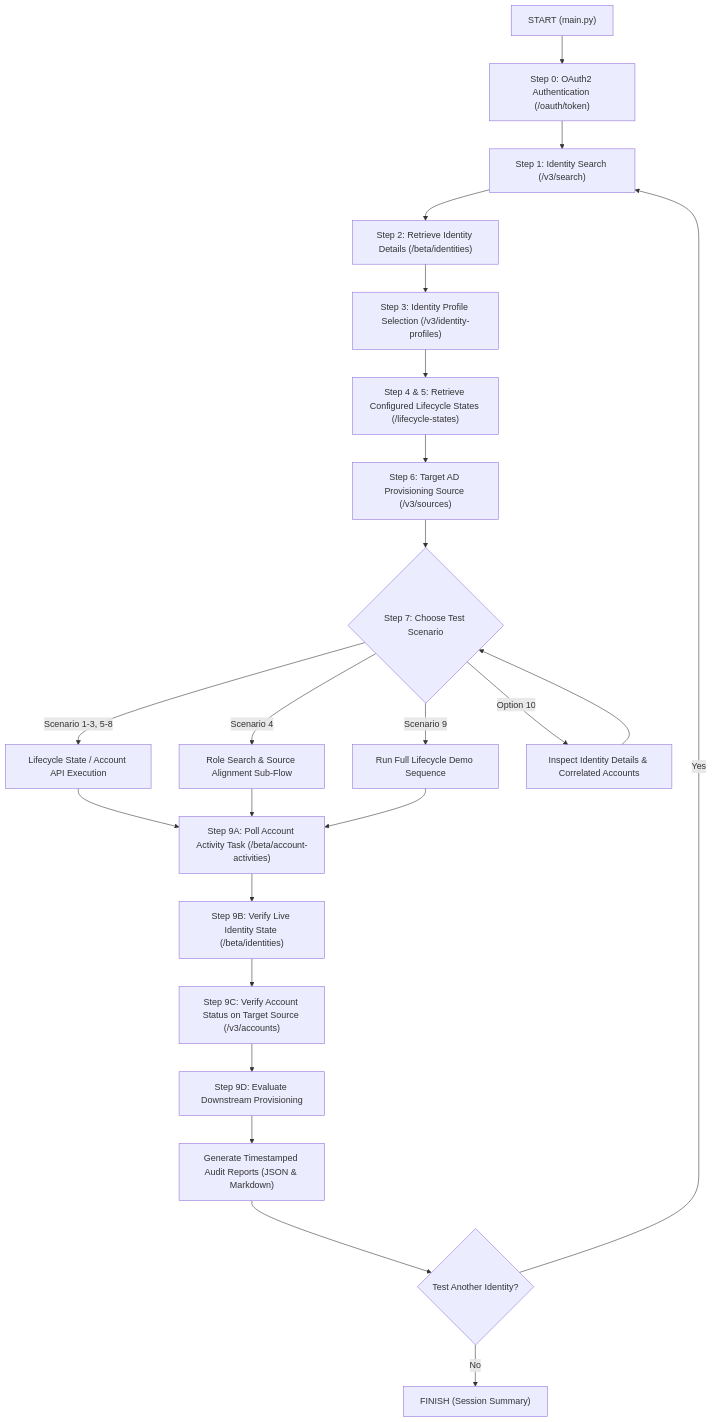
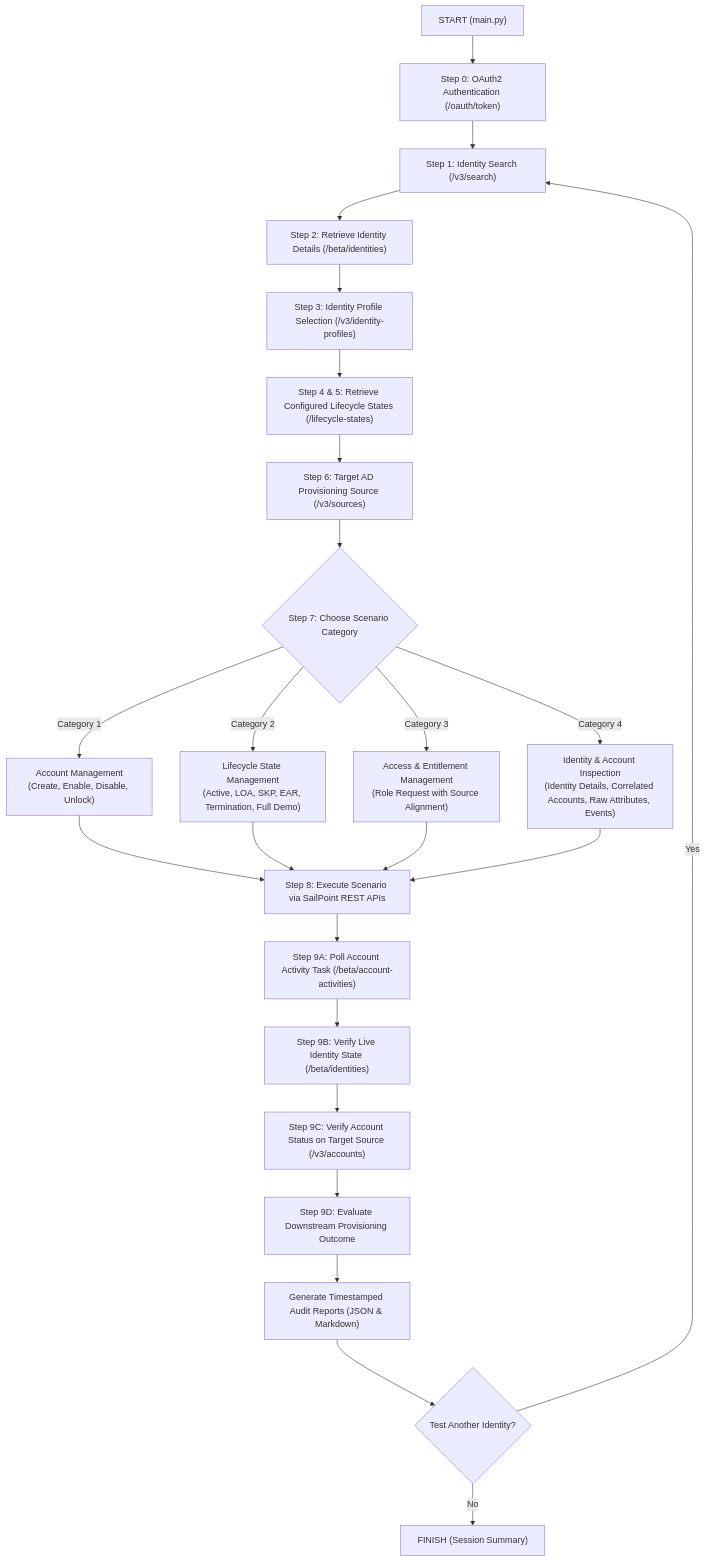
Before and after one commit to SohomeKIKI/SAILPOINT-ISC-AD-PROVISIONING-TEST: the diagram in docs/WORKFLOW.md, drawn with Mermaid. The commit also changed other lines of this file and 29 other files, not shown here.

Commit message:
feat: implement modular architecture with 2-tier categorized menus and scenario registry

````diff
--- a/docs/WORKFLOW.md
+++ b/docs/WORKFLOW.md
@@ -9,28 +9,29 @@
 ```mermaid
 flowchart TD
     A["START (main.py)"] --> B["Step 0: OAuth2 Authentication (/oauth/token)"]
     B --> C["Step 1: Identity Search (/v3/search)"]
     C --> D["Step 2: Retrieve Identity Details (/beta/identities)"]
     D --> E["Step 3: Identity Profile Selection (/v3/identity-profiles)"]
     E --> F["Step 4 & 5: Retrieve Configured Lifecycle States (/lifecycle-states)"]
     F --> G["Step 6: Target AD Provisioning Source (/v3/sources)"]
-    G --> H{"Step 7: Choose Test Scenario"}
+    G --> H{"Step 7: Choose Scenario Category"}
 
-    H -->|Scenario 1-3, 5-8| I["Lifecycle State / Account API Execution"]
-    H -->|Scenario 4| J["Role Search & Source Alignment Sub-Flow"]
-    H -->|Scenario 9| K["Run Full Lifecycle Demo Sequence"]
-    H -->|Option 10| L["Inspect Identity Details & Correlated Accounts"]
+    H -->|Category 1| CAT1["Account Management<br>(Create, Enable, Disable, Unlock)"]
+    H -->|Category 2| CAT2["Lifecycle State Management<br>(Active, LOA, SKP, EAR, Termination, Full Demo)"]
+    H -->|Category 3| CAT3["Access & Entitlement Management<br>(Role Request with Source Alignment)"]
+    H -->|Category 4| CAT4["Identity & Account Inspection<br>(Identity Details, Correlated Accounts, Raw Attributes, Events)"]
 
-    I --> M["Step 9A: Poll Account Activity Task (/beta/account-activities)"]
-    J --> M
-    K --> M
+    CAT1 --> SCEN["Step 8: Execute Scenario via SailPoint REST APIs"]
+    CAT2 --> SCEN
+    CAT3 --> SCEN
+    CAT4 --> SCEN
 
+    SCEN --> M["Step 9A: Poll Account Activity Task (/beta/account-activities)"]
     M --> N["Step 9B: Verify Live Identity State (/beta/identities)"]
     N --> O["Step 9C: Verify Account Status on Target Source (/v3/accounts)"]
-    O --> P["Step 9D: Evaluate Downstream Provisioning"]
+    O --> P["Step 9D: Evaluate Downstream Provisioning Outcome"]
     P --> Q["Generate Timestamped Audit Reports (JSON & Markdown)"]
-    L --> H
     Q --> R{"Test Another Identity?"}
     R -->|Yes| C
     R -->|No| S["FINISH (Session Summary)"]
 ```
````
